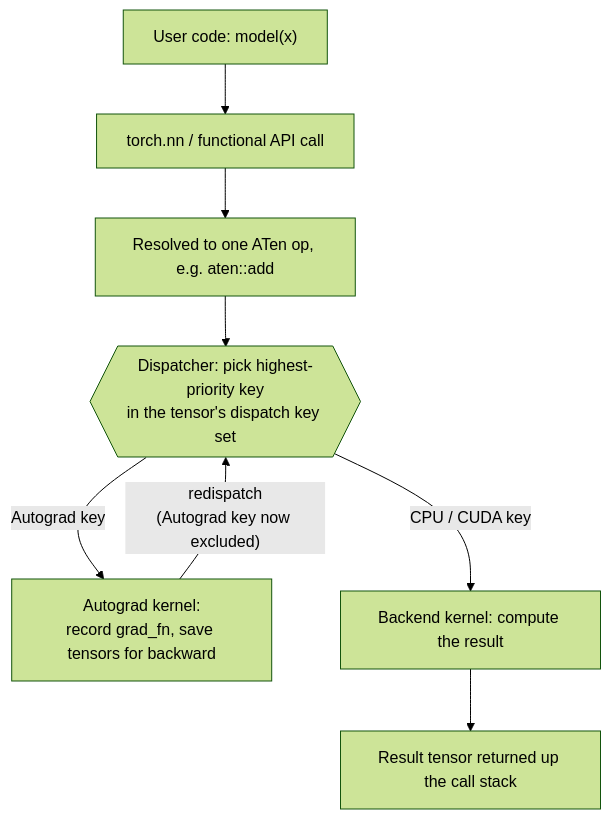
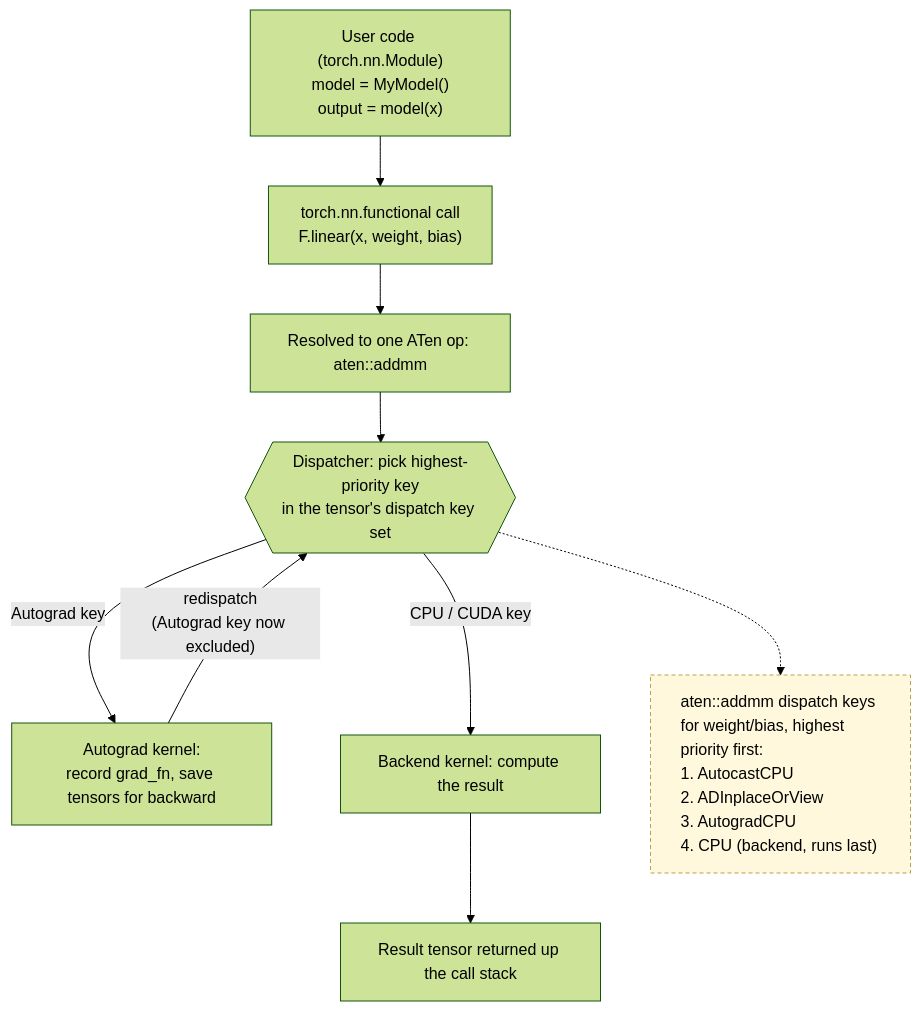
Before and after one commit to DonAurelio/notes: the diagram in thapi-pytorch-tracing/01-01-pytorch-architecture.md, drawn with Mermaid (forest theme). The commit also changed other lines of this file, not shown here.

First line of the commit message:
Update Figure 1 with real code and dispatch key priority box

````diff
--- a/thapi-pytorch-tracing/01-01-pytorch-architecture.md
+++ b/thapi-pytorch-tracing/01-01-pytorch-architecture.md
@@ -16,10 +16,14 @@
 ```mermaid
 flowchart TD
-    A["User code: model(x)"] --> B["torch.nn / functional API call"]
-    B --> C["Resolved to one ATen op, e.g. aten::add"]
+    A["User code (torch.nn.Module)\nmodel = MyModel()\noutput = model(x)"] --> B["torch.nn.functional call\nF.linear(x, weight, bias)"]
+    B --> C["Resolved to one ATen op: aten::addmm"]
     C --> D{{"Dispatcher: pick highest-priority key\nin the tensor's dispatch key set"}}
     D -->|"Autograd key"| E["Autograd kernel:\nrecord grad_fn, save tensors for backward"]
     E -->|"redispatch\n(Autograd key now excluded)"| D
     D -->|"CPU / CUDA key"| F["Backend kernel: compute the result"]
     F --> G["Result tensor returned up the call stack"]
+
+    D -.-> N["aten::addmm dispatch keys for weight/bias, highest priority first:\n1. AutocastCPU\n2. ADInplaceOrView\n3. AutogradCPU\n4. CPU (backend, runs last)"]
+    class N note
+    classDef note fill:#fff8dc,stroke:#b8a24a,stroke-dasharray: 4 3,text-align:left
 ```
````
